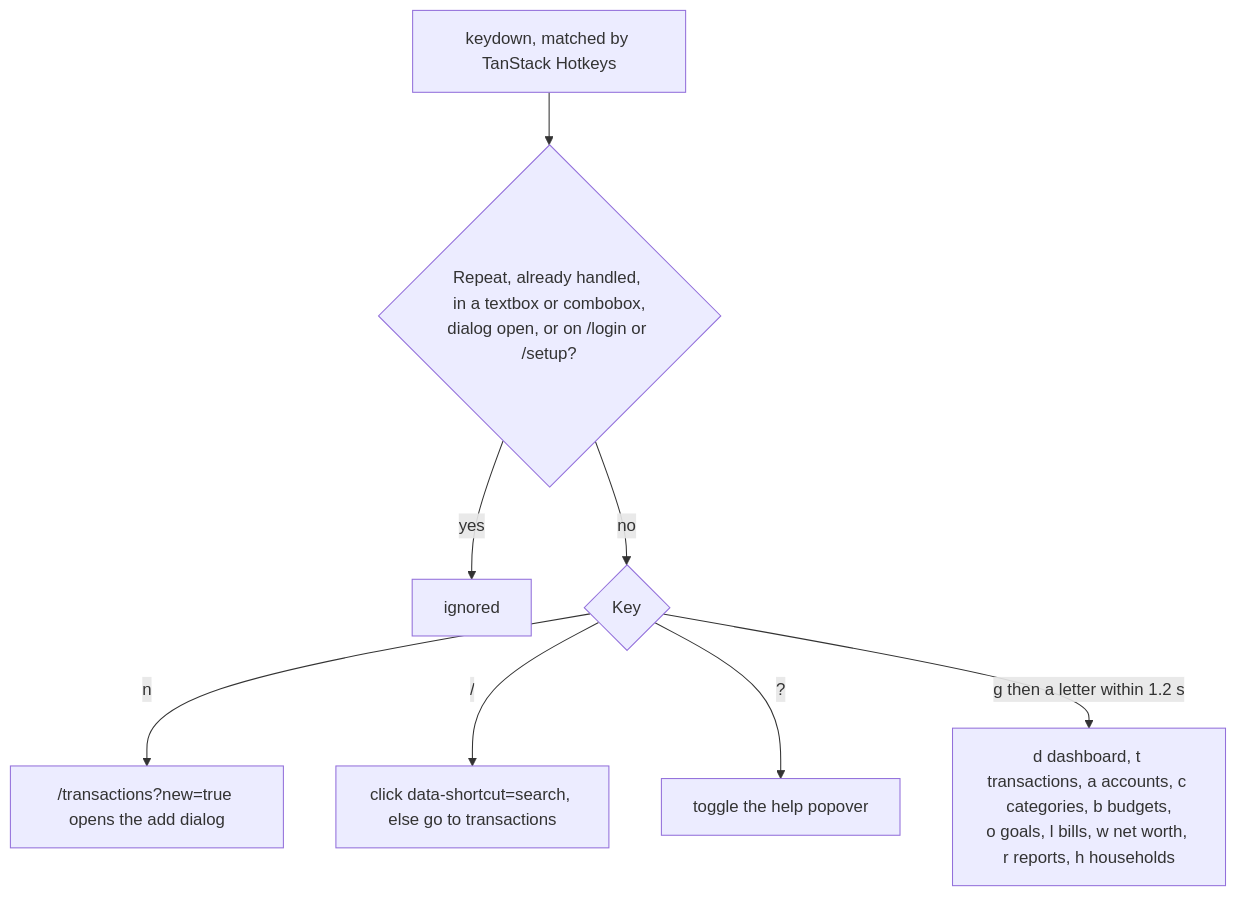
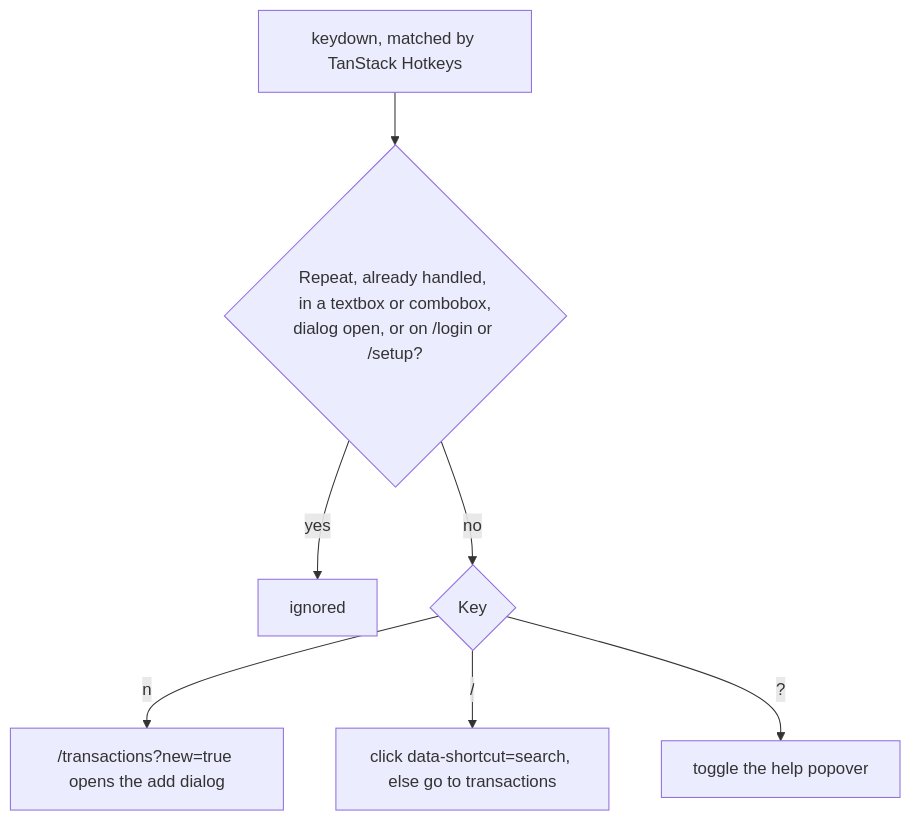
One commit to Justxs/Jx-Finance changed the second of 3 diagrams in docs/features/24. Interface.md. Above: the diagram before and after it, drawn with Mermaid. The commit also changed other lines of this file and 28 other files, not shown here.

````diff
--- a/docs/features/24. Interface.md
+++ b/docs/features/24. Interface.md
@@ -22,10 +22,9 @@
 ```mermaid
 flowchart TD
     Key["keydown, matched by TanStack Hotkeys"] --> Guard{"Repeat, already handled, in a textbox or combobox,<br/>dialog open, or on /login or /setup?"}
     Guard -->|"yes"| Ignore["ignored"]
     Guard -->|"no"| Which{"Key"}
     Which -->|"n"| New["/transactions?new=true opens the add dialog"]
     Which -->|"/"| Search["click data-shortcut=search, else go to transactions"]
     Which -->|"?"| Help["toggle the help popover"]
-    Which -->|"g then a letter within 1.2 s"| Go["d dashboard, t transactions, a accounts, c categories, b budgets,<br/>o goals, l bills, w net worth, r reports, h households"]
 ```
````
